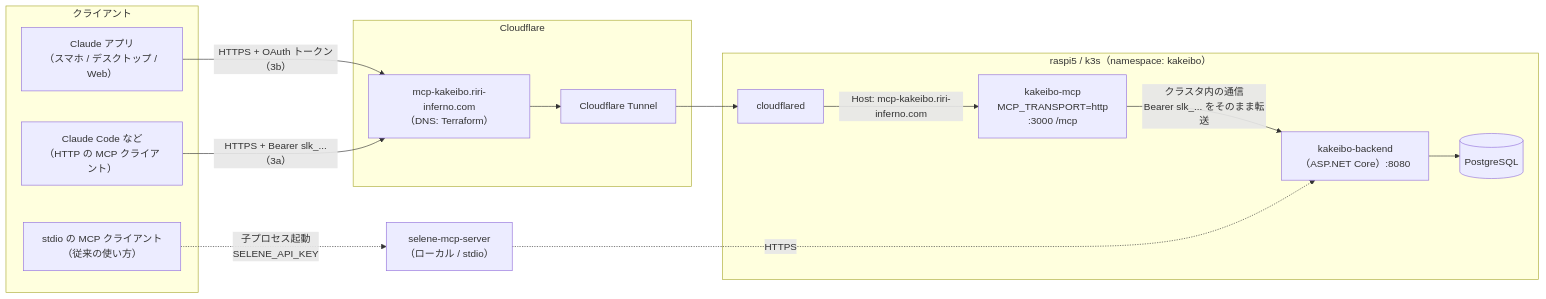
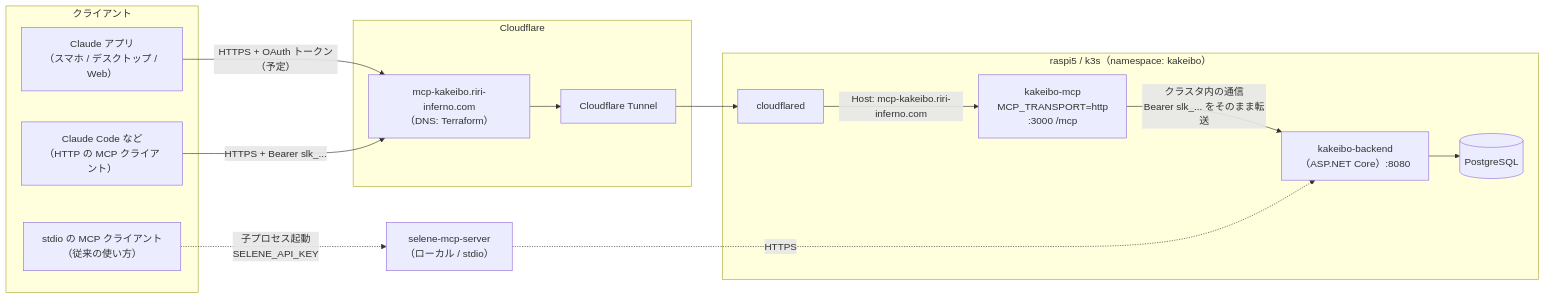
The first of 4 diagrams in docs/architecture.md (Riri-Inferno/selene-mcp-server), drawn with Mermaid before and after one commit. The commit also changed other lines of this file and 1 other file, not shown here.

````diff
--- a/docs/architecture.md
+++ b/docs/architecture.md
@@ -12,29 +14,29 @@
 ```mermaid
 flowchart LR
   subgraph Client["クライアント"]
     CA["Claude アプリ<br/>（スマホ / デスクトップ / Web）"]
     CC["Claude Code など<br/>（HTTP の MCP クライアント）"]
     CS["stdio の MCP クライアント<br/>（従来の使い方）"]
   end
 
   subgraph CF["Cloudflare"]
     DNS["mcp-kakeibo.riri-inferno.com<br/>（DNS: Terraform）"]
     Tunnel["Cloudflare Tunnel"]
   end
 
   subgraph K3s["raspi5 / k3s（namespace: kakeibo）"]
     CFD["cloudflared"]
     MCP["kakeibo-mcp<br/>MCP_TRANSPORT=http<br/>:3000 /mcp"]
     BE["kakeibo-backend<br/>（ASP.NET Core）:8080"]
     DB[("PostgreSQL")]
   end
 
-  CA -- "HTTPS + OAuth トークン（3b）" --> DNS
-  CC -- "HTTPS + Bearer slk_...（3a）" --> DNS
+  CA -- "HTTPS + OAuth トークン（予定）" --> DNS
+  CC -- "HTTPS + Bearer slk_..." --> DNS
   DNS --> Tunnel --> CFD
   CFD -- "Host: mcp-kakeibo.riri-inferno.com" --> MCP
   MCP -- "クラスタ内の通信<br/>Bearer slk_... をそのまま転送" --> BE
   BE --> DB
   CS -. "子プロセス起動<br/>SELENE_API_KEY" .-> LocalMCP["selene-mcp-server<br/>（ローカル / stdio）"]
   LocalMCP -. "HTTPS" .-> BE
 ```
````
